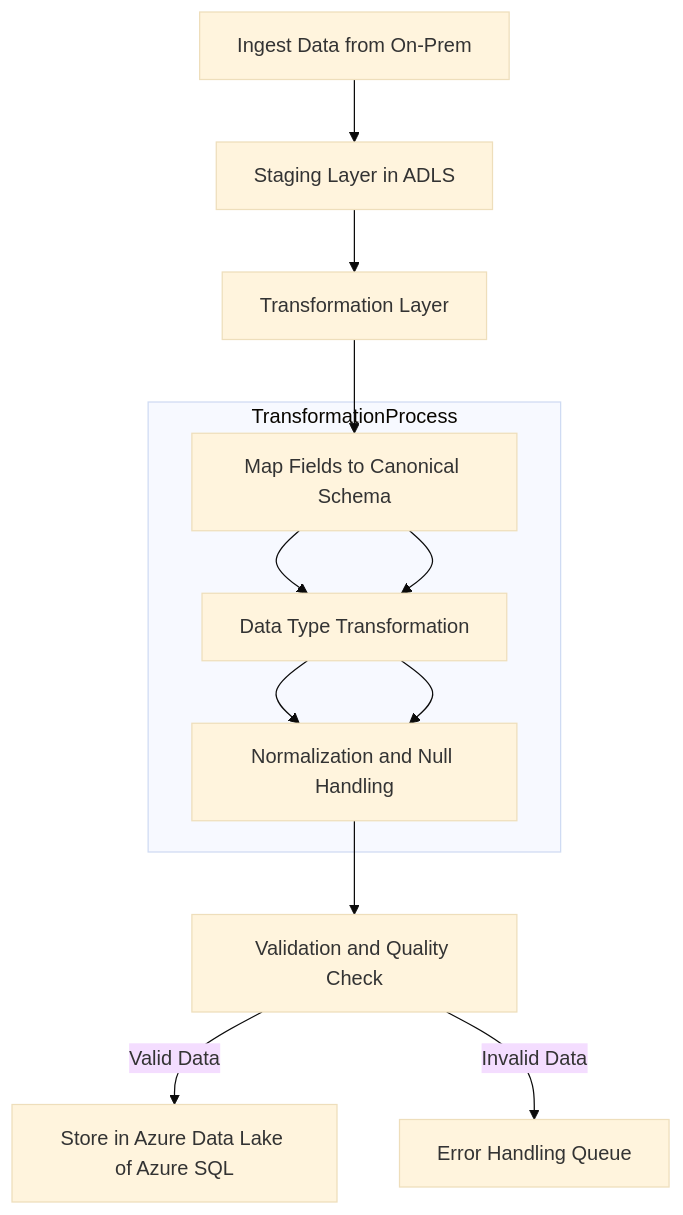
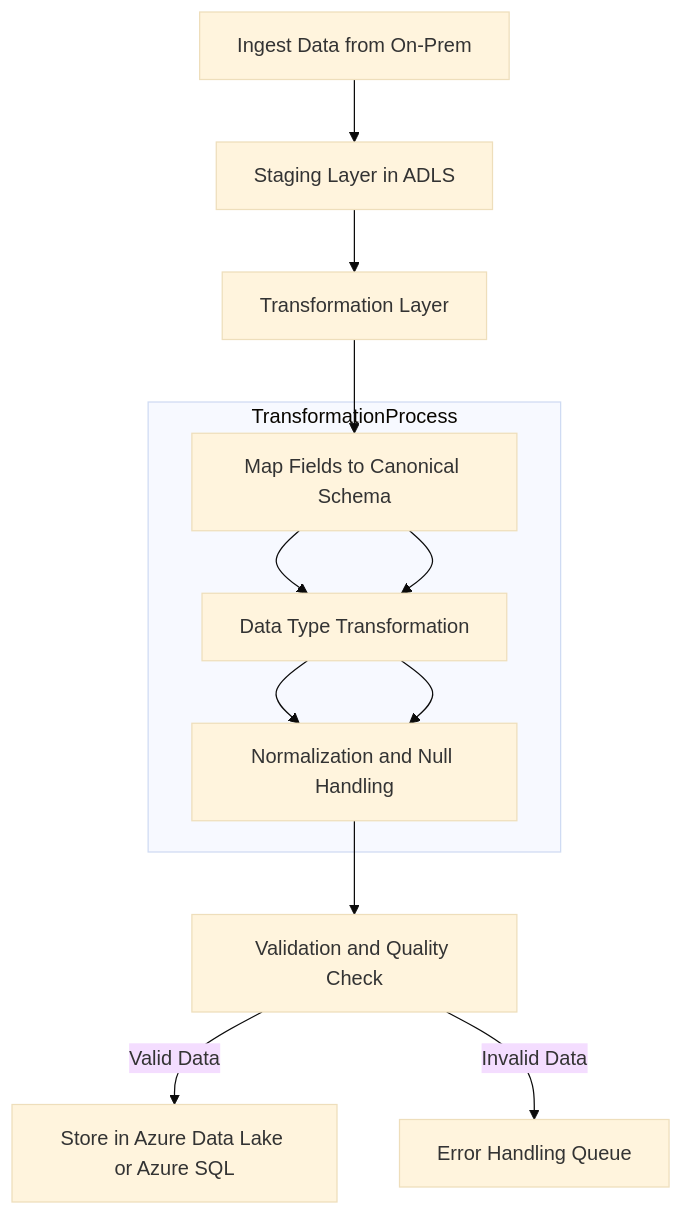
Before and after one commit to oigbokwe73/Financial-Institution-Assessment-Plan: the second of 2 diagrams in README.md, drawn with Mermaid (base theme).

````diff
--- a/README.md
+++ b/README.md
@@ -158,16 +158,16 @@
 ```mermaid
 flowchart TD
     A[Ingest Data from On-Prem] --> B[Staging Layer in ADLS]
     B --> C[Transformation Layer]
     C --> D[Map Fields to Canonical Schema]
     D --> E[Data Type Transformation]
     E --> F[Normalization and Null Handling]
     F --> G[Validation and Quality Check]
-    G -->|Valid Data| H[Store in Azure Data Lake of Azure SQL]
+    G -->|Valid Data| H[Store in Azure Data Lake or Azure SQL]
     G -->|Invalid Data| I[Error Handling Queue]
 
     subgraph TransformationProcess
         D --> E
         E --> F
     end
 ```
````
